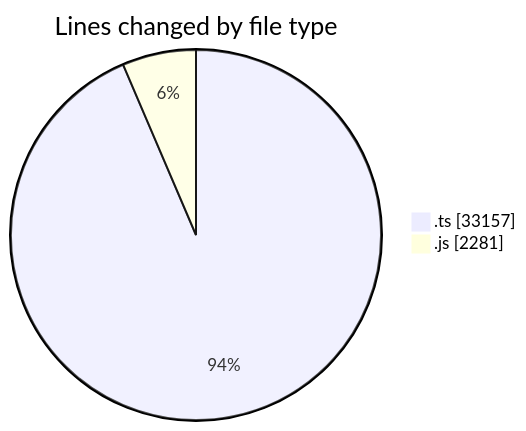
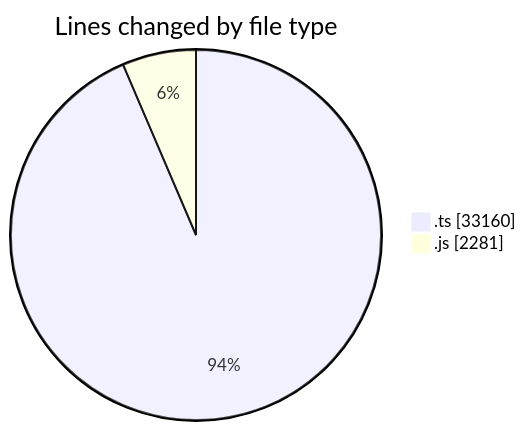
The first of 2 diagrams in 2025-06-26/cda/README.md (momahboobian/code-tracking), drawn with Mermaid before and after one commit. The commit also changed other lines of this file and 1 other file, not shown here.

````diff
--- a/2025-06-26/cda/README.md
+++ b/2025-06-26/cda/README.md
@@ -35,6 +35,6 @@
 ```mermaid
 pie showData
 title Lines changed by file type
-".ts" : 33157
+".ts" : 33160
 ".js" : 2281
 ```
````
